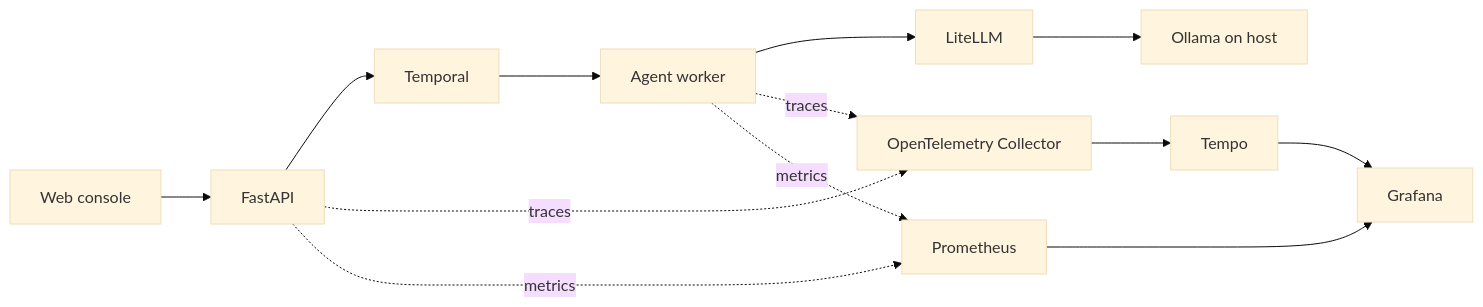
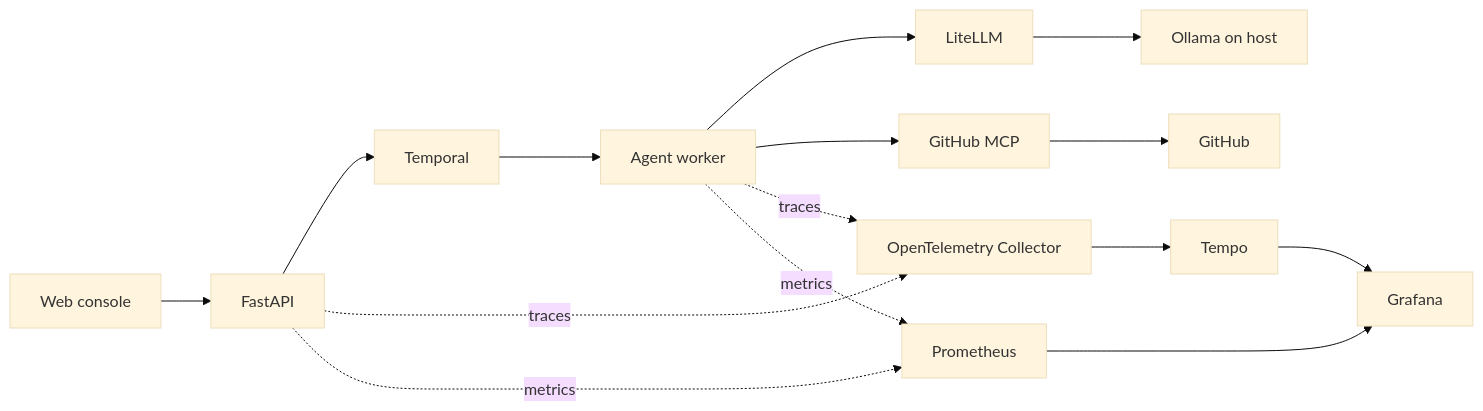
The diagram in README.md (zyan8808/repo_agent), drawn with Mermaid (base theme) before and after one commit. The commit also changed other lines of this file and 15 other files, not shown here.

Commit message:
Add extensible GitHub MCP tools

````diff
--- a/README.md
+++ b/README.md
@@ -23,15 +25,17 @@
 ```mermaid
 flowchart LR
 	 Browser[Web console] --> API[FastAPI]
 	 API --> Temporal[Temporal]
 	 Temporal --> Worker[Agent worker]
 	 Worker --> LiteLLM[LiteLLM]
+	 Worker --> GitHubMCP[GitHub MCP]
+	 GitHubMCP --> GitHub[GitHub]
 	 LiteLLM --> Ollama[Ollama on host]
 	 API -. traces .-> OTel[OpenTelemetry Collector]
 	 Worker -. traces .-> OTel
 	 API -. metrics .-> Prometheus
 	 Worker -. metrics .-> Prometheus
 	 OTel --> Tempo
 	 Prometheus --> Grafana
 	 Tempo --> Grafana
 ```
````
